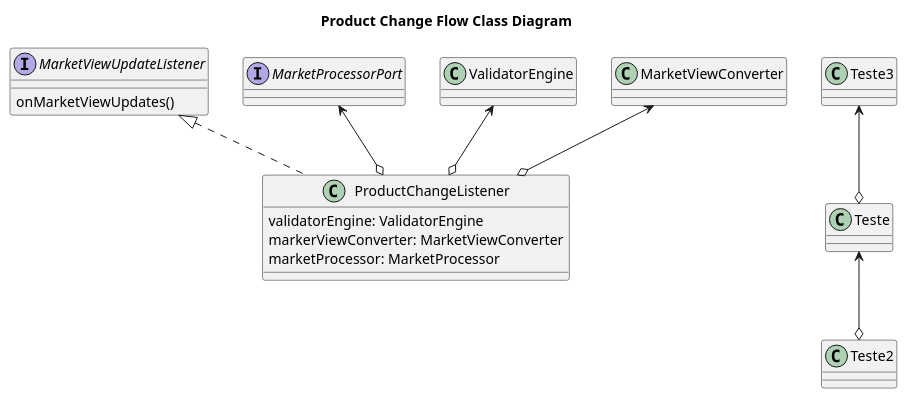
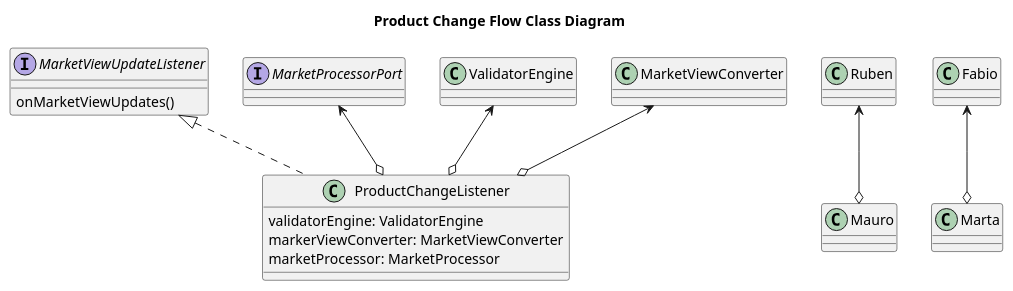
Before and after one commit to freitasm2/github-pages-with-jekyll: the diagram in docs/src/diagrams/productchange.puml, drawn with PlantUML.

Commit message:
changes diagram

```diff
--- a/docs/src/diagrams/productchange.puml
+++ b/docs/src/diagrams/productchange.puml
@@ -1,26 +1,26 @@
 @startuml
 skinparam backgroundColor white
 
 title Product Change Flow Class Diagram
 
 class ProductChangeListener{
 validatorEngine: ValidatorEngine
 markerViewConverter: MarketViewConverter
 marketProcessor: MarketProcessor
 }
 
 interface MarketViewUpdateListener{
 onMarketViewUpdates()
 }
 
 interface MarketProcessorPort{
 }
 
 MarketViewUpdateListener <|.. ProductChangeListener
 ValidatorEngine <--o ProductChangeListener
 MarketViewConverter <--o ProductChangeListener
 MarketProcessorPort <--o ProductChangeListener
-Teste3 <--o Teste
-Teste <--o Teste2
+Ruben <--o Mauro
+Fabio <--o Marta
 
 @enduml
```
